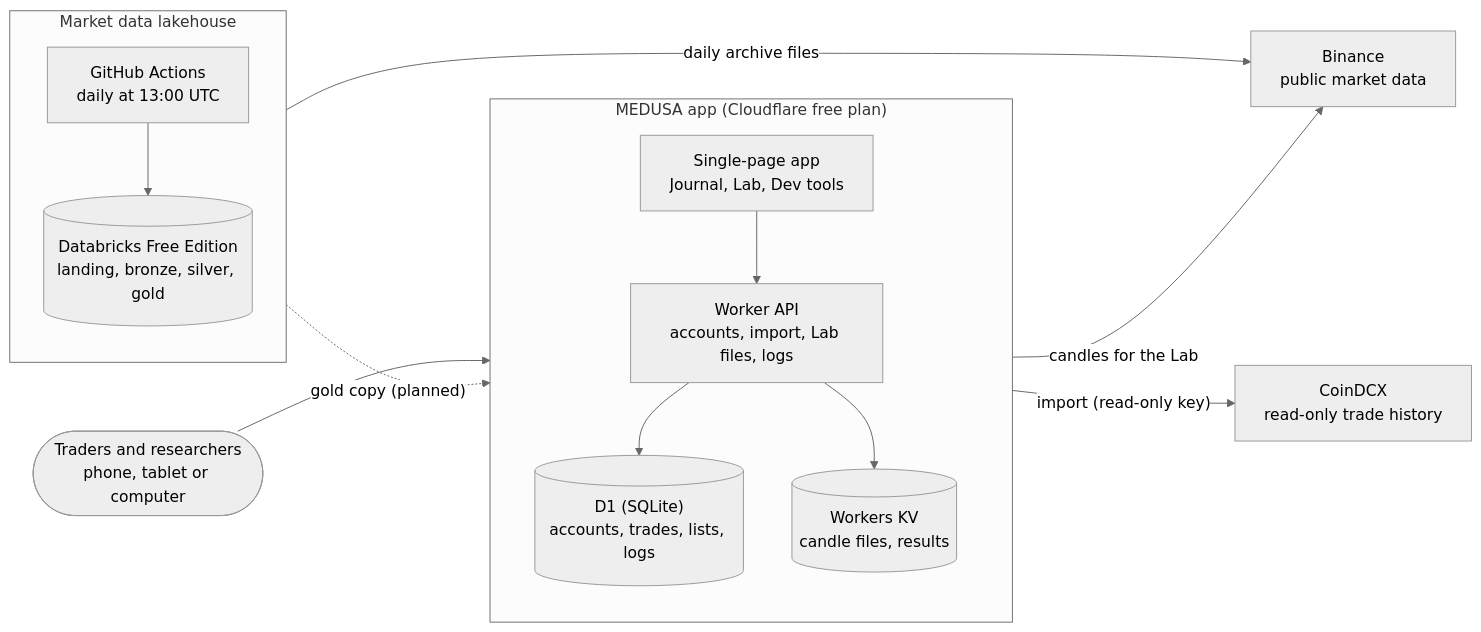
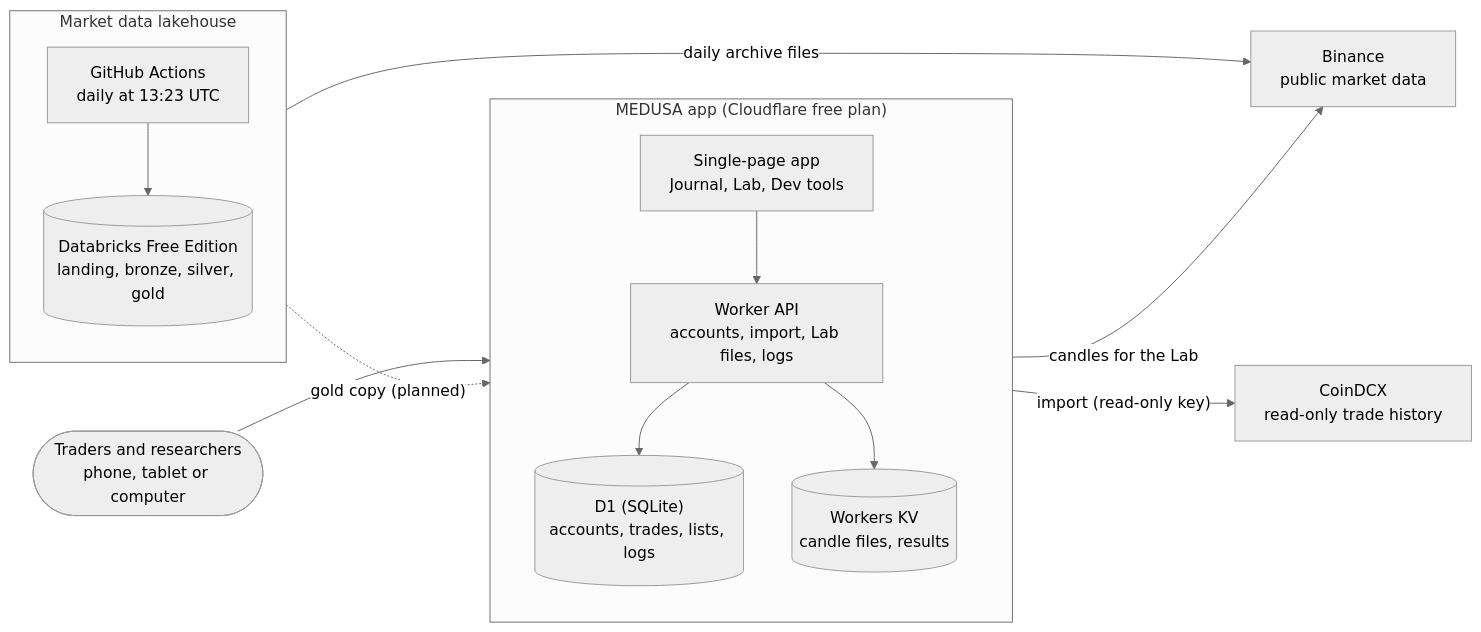
Before and after one commit to shivam65-sketch/medusa: the diagram in docs/diagrams/system-context.mmd, drawn with Mermaid. The commit also changed 13 other files, not shown here.

Commit message:
Lakehouse: re-check the previous 7 days against Binance and reload files it changed (ADR-023); daily run at 13:23 UTC

```diff
--- a/docs/diagrams/system-context.mmd
+++ b/docs/diagrams/system-context.mmd
@@ -1,26 +1,26 @@
 %%{init: {"theme": "neutral"}}%%
 flowchart LR
   U(["Traders and researchers<br>phone, tablet or computer"])
   subgraph APP["MEDUSA app (Cloudflare free plan)"]
     direction TB
     FE["Single-page app<br>Journal, Lab, Dev tools"]
     API["Worker API<br>accounts, import, Lab files, logs"]
     DB[("D1 (SQLite)<br>accounts, trades, lists, logs")]
     KV[("Workers KV<br>candle files, results")]
     FE --> API
     API --> DB
     API --> KV
   end
   subgraph LH["Market data lakehouse"]
     direction TB
-    GA["GitHub Actions<br>daily at 13:00 UTC"]
+    GA["GitHub Actions<br>daily at 13:23 UTC"]
     DBX[("Databricks Free Edition<br>landing, bronze, silver, gold")]
     GA --> DBX
   end
   CDX["CoinDCX<br>read-only trade history"]
   BIN["Binance<br>public market data"]
   U --> FE
   API -->|"import (read-only key)"| CDX
   FE -->|"candles for the Lab"| BIN
   GA -->|"daily archive files"| BIN
   DBX -.->|"gold copy (planned)"| DB
```
